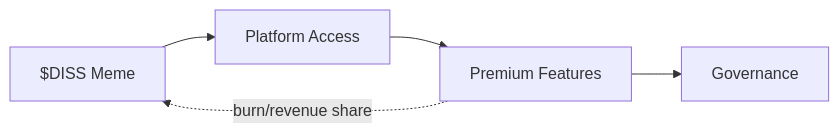
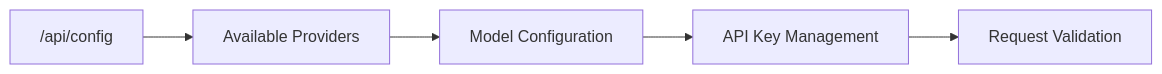
Before and after one commit to RunTimeAdmin/tri-ai: the fourth of 5 diagrams in .qoder/repowiki/en/content/Blockchain Integration/Blockchain Integration.md, drawn with Mermaid. The commit also changed other lines of this file and 46 other files, not shown here.

````diff
--- a/.qoder/repowiki/en/content/Blockchain Integration/Blockchain Integration.md
+++ b/.qoder/repowiki/en/content/Blockchain Integration/Blockchain Integration.md
@@ -205,7 +130,7 @@
 ```mermaid
 flowchart LR
-Meme["$DISS Meme"] --> Access["Platform Access"]
-Access --> Premium["Premium Features"]
-Premium --> Governance["Governance"]
-Premium -. burn/revenue share .-> Meme
+Config["/api/config"] --> Providers["Available Providers"]
+Providers --> Models["Model Configuration"]
+Models --> Keys["API Key Management"]
+Keys --> Validation["Request Validation"]
 ```
````
